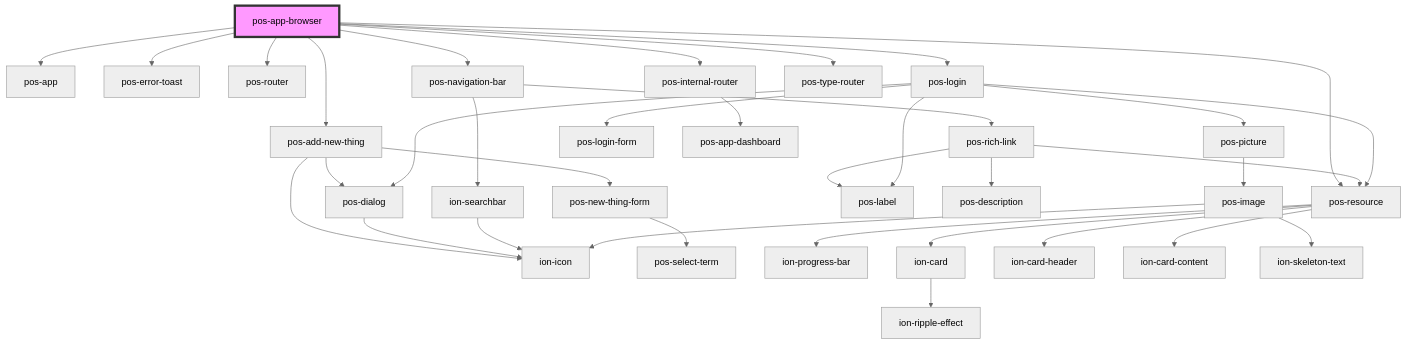
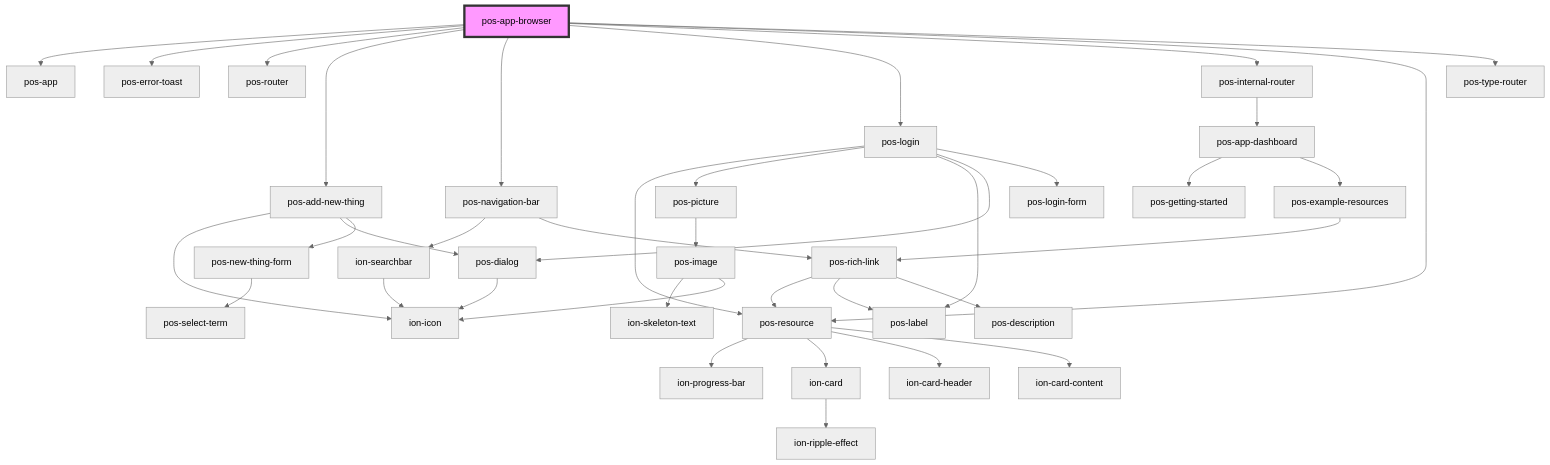
Before and after one commit to pod-os/PodOS: the diagram in docs/elements/apps/pos-app-browser/readme.md, drawn with Mermaid (neutral theme). The commit also changed 9 other files, not shown here.

````diff
--- a/docs/elements/apps/pos-app-browser/readme.md
+++ b/docs/elements/apps/pos-app-browser/readme.md
@@ -31,38 +31,41 @@
 ```mermaid
 graph TD;
   pos-app-browser --> pos-app
   pos-app-browser --> pos-error-toast
   pos-app-browser --> pos-router
   pos-app-browser --> pos-add-new-thing
   pos-app-browser --> pos-navigation-bar
   pos-app-browser --> pos-login
   pos-app-browser --> pos-internal-router
   pos-app-browser --> pos-resource
   pos-app-browser --> pos-type-router
   pos-add-new-thing --> ion-icon
   pos-add-new-thing --> pos-dialog
   pos-add-new-thing --> pos-new-thing-form
   pos-dialog --> ion-icon
   pos-new-thing-form --> pos-select-term
   pos-navigation-bar --> ion-searchbar
   pos-navigation-bar --> pos-rich-link
   ion-searchbar --> ion-icon
   pos-rich-link --> pos-resource
   pos-rich-link --> pos-label
   pos-rich-link --> pos-description
   pos-resource --> ion-progress-bar
   pos-resource --> ion-card
   pos-resource --> ion-card-header
   pos-resource --> ion-card-content
   ion-card --> ion-ripple-effect
   pos-login --> pos-resource
   pos-login --> pos-picture
   pos-login --> pos-label
   pos-login --> pos-dialog
   pos-login --> pos-login-form
   pos-picture --> pos-image
   pos-image --> ion-skeleton-text
   pos-image --> ion-icon
   pos-internal-router --> pos-app-dashboard
+  pos-app-dashboard --> pos-getting-started
+  pos-app-dashboard --> pos-example-resources
+  pos-example-resources --> pos-rich-link
   style pos-app-browser fill:#f9f,stroke:#333,stroke-width:4px
 ```
````
